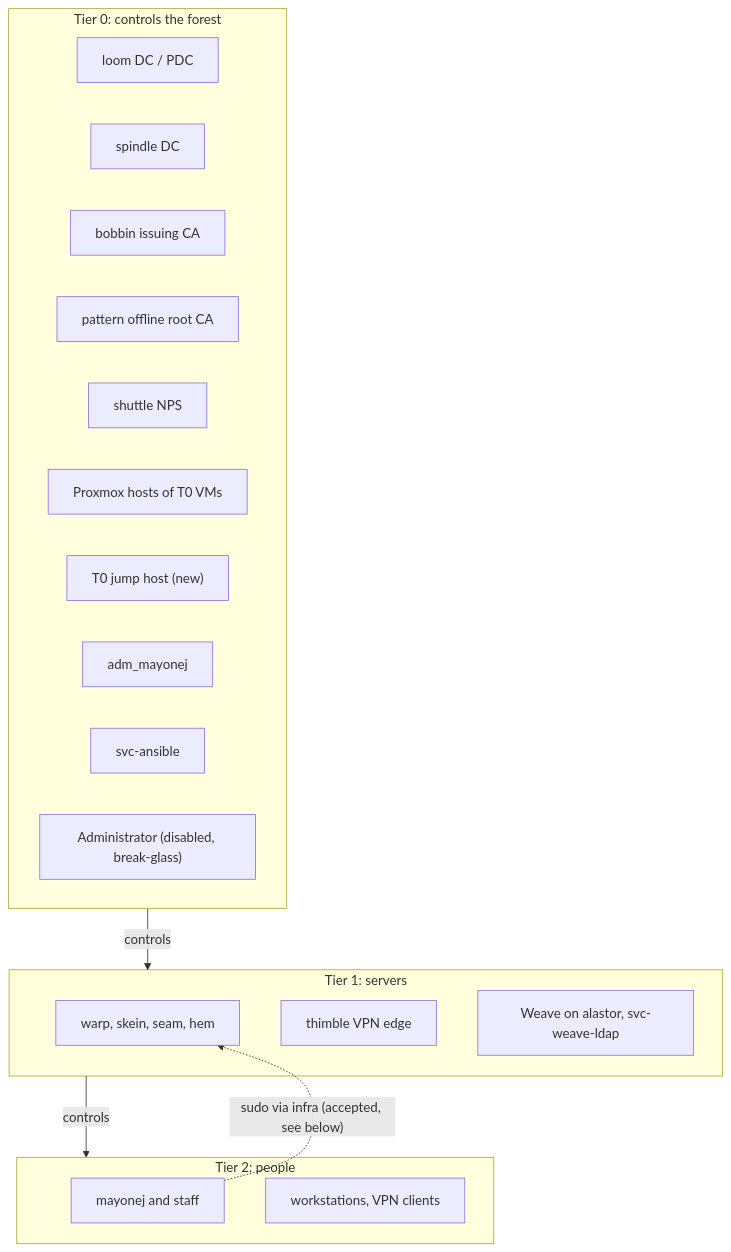
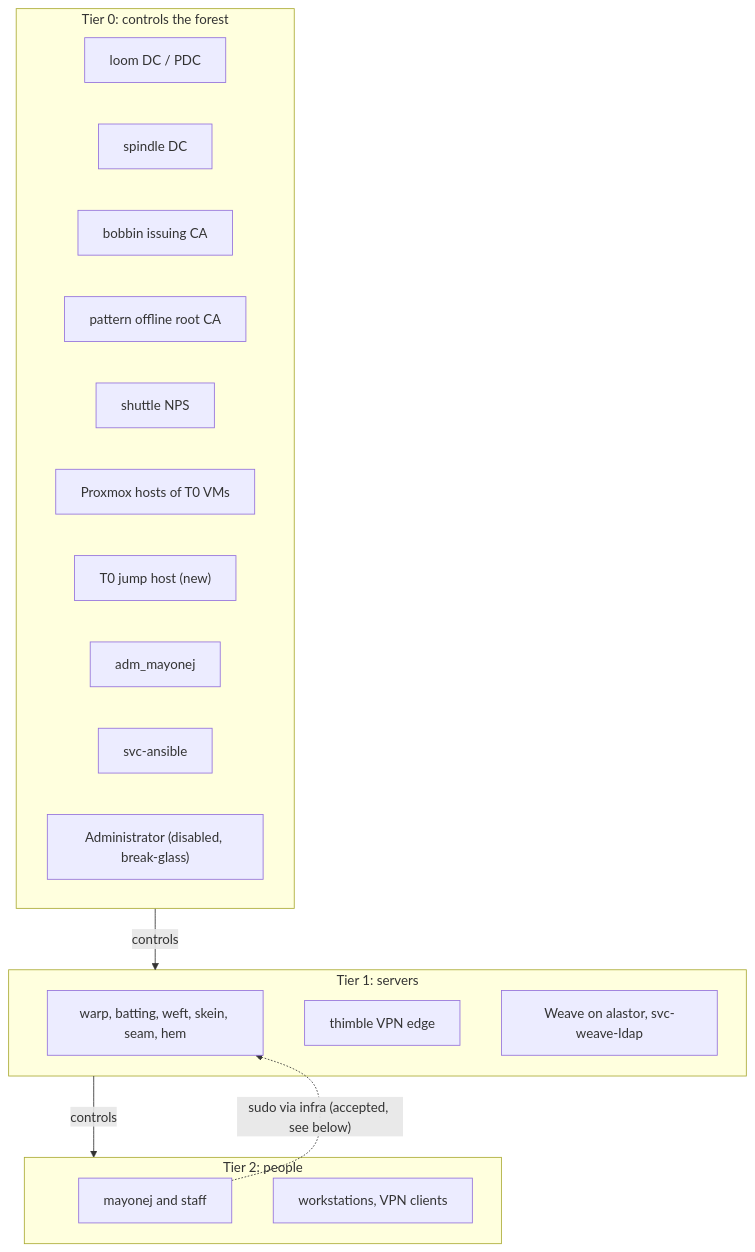
Before and after one commit to patchworklabsorg/infra: the first of 4 diagrams in ad/TIERING.md, drawn with Mermaid. The commit also changed other lines of this file and 14 other files, not shown here.

````diff
--- a/ad/TIERING.md
+++ b/ad/TIERING.md
@@ -101,26 +101,26 @@
 ```mermaid
 flowchart TB
   subgraph T0["Tier 0: controls the forest"]
     loom["loom DC / PDC"]
     spindle["spindle DC"]
     bobbin["bobbin issuing CA"]
     pattern["pattern offline root CA"]
     shuttle["shuttle NPS"]
     pve["Proxmox hosts of T0 VMs"]
     jump["T0 jump host (new)"]
     adm["adm_mayonej"]
     ans["svc-ansible"]
     bg["Administrator (disabled, break-glass)"]
   end
   subgraph T1["Tier 1: servers"]
-    nix["warp, skein, seam, hem"]
+    nix["warp, batting, weft, skein, seam, hem"]
     thimble["thimble VPN edge"]
     weave["Weave on alastor, svc-weave-ldap"]
   end
   subgraph T2["Tier 2: people"]
     daily["mayonej and staff"]
     ws["workstations, VPN clients"]
   end
   T0 -->|controls| T1 -->|controls| T2
   daily -. "sudo via infra (accepted, see below)" .-> nix
 ```
````
